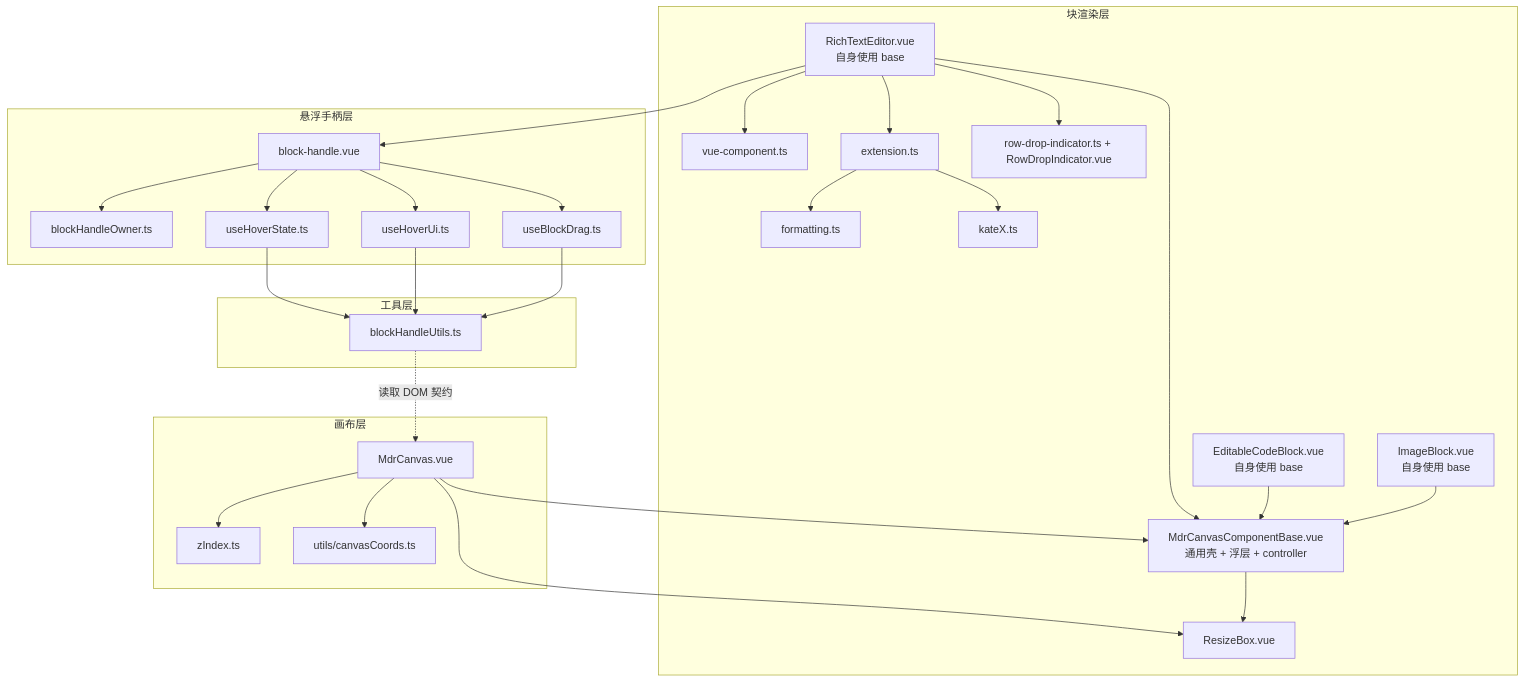
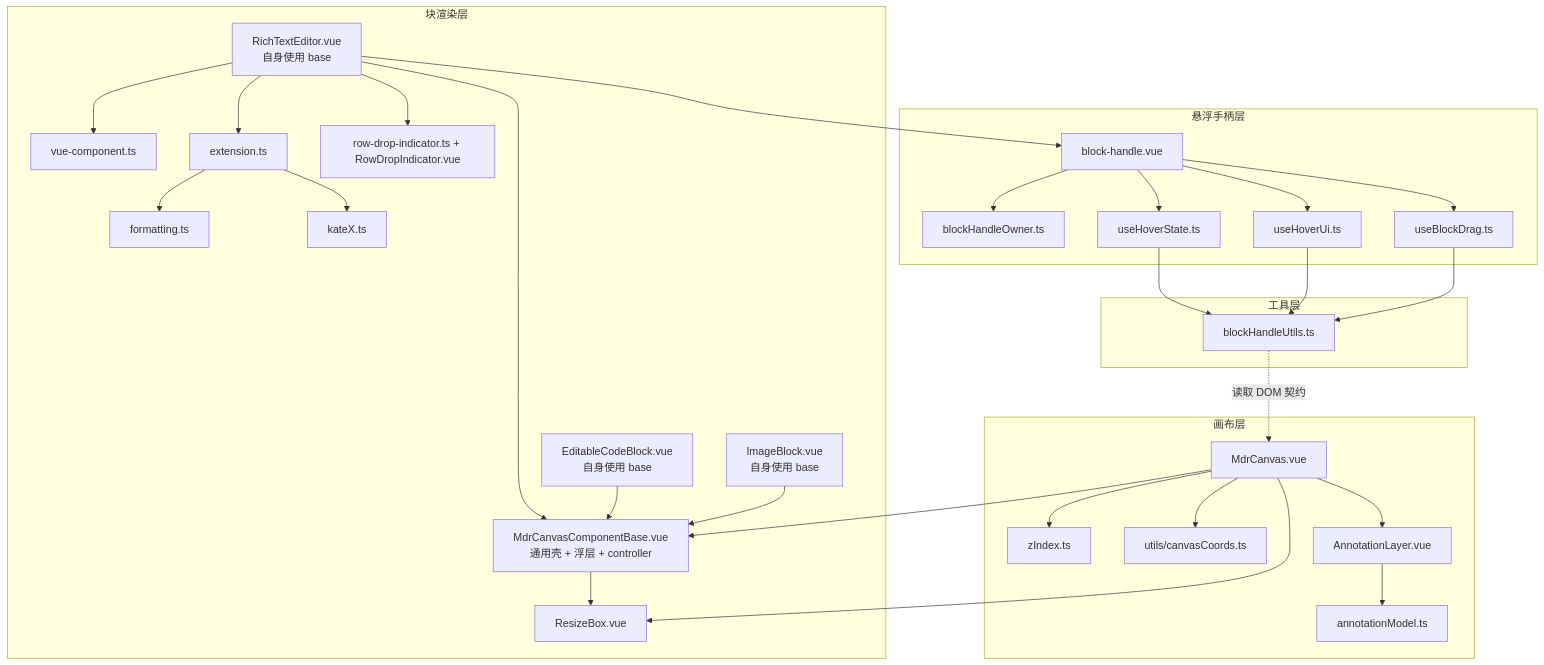
The first of 2 diagrams in src/docs/flow/00-architecture.md (LogicAurora/Mindrizzle), drawn with Mermaid before and after one commit. The commit also changed other lines of this file and 21 other files, not shown here.

````diff
--- a/src/docs/flow/00-architecture.md
+++ b/src/docs/flow/00-architecture.md
@@ -13,56 +13,60 @@
 ```mermaid
 flowchart TB
   subgraph Canvas["画布层"]
     MC["MdrCanvas.vue"]
     ZI["zIndex.ts"]
     CC["utils/canvasCoords.ts"]
+    AN["AnnotationLayer.vue"]
+    AM["annotationModel.ts"]
   end
 
   subgraph Block["块渲染层"]
     MCB["MdrCanvasComponentBase.vue<br/>通用壳 + 浮层 + controller"]
     RB["ResizeBox.vue"]
     RTE["RichTextEditor.vue<br/>自身使用 base"]
     CODE["EditableCodeBlock.vue<br/>自身使用 base"]
     IMG["ImageBlock.vue<br/>自身使用 base"]
     VCN["vue-component.ts"]
     EXT["extension.ts"]
     FMT["formatting.ts"]
     KTX["kateX.ts"]
     RDI["row-drop-indicator.ts + RowDropIndicator.vue"]
   end
 
   subgraph Handle["悬浮手柄层"]
     BH["block-handle.vue"]
     BHO["blockHandleOwner.ts"]
     UHS["useHoverState.ts"]
     UHU["useHoverUi.ts"]
     UBD["useBlockDrag.ts"]
   end
 
   subgraph Utils["工具层"]
     BHU["blockHandleUtils.ts"]
   end
 
   MC --> RB
   MC --> MCB
   MCB --> RB
   RTE --> MCB
   CODE --> MCB
   IMG --> MCB
   RTE --> EXT
   RTE --> VCN
   RTE --> RDI
   EXT --> FMT
   EXT --> KTX
   RTE --> BH
   BH --> UHS
   BH --> UHU
   BH --> UBD
   UHS --> BHU
   UHU --> BHU
   UBD --> BHU
   BH --> BHO
   MC --> CC
   MC --> ZI
+  MC --> AN
+  AN --> AM
   BHU -.->|"读取 DOM 契约"| MC
 ```
````
